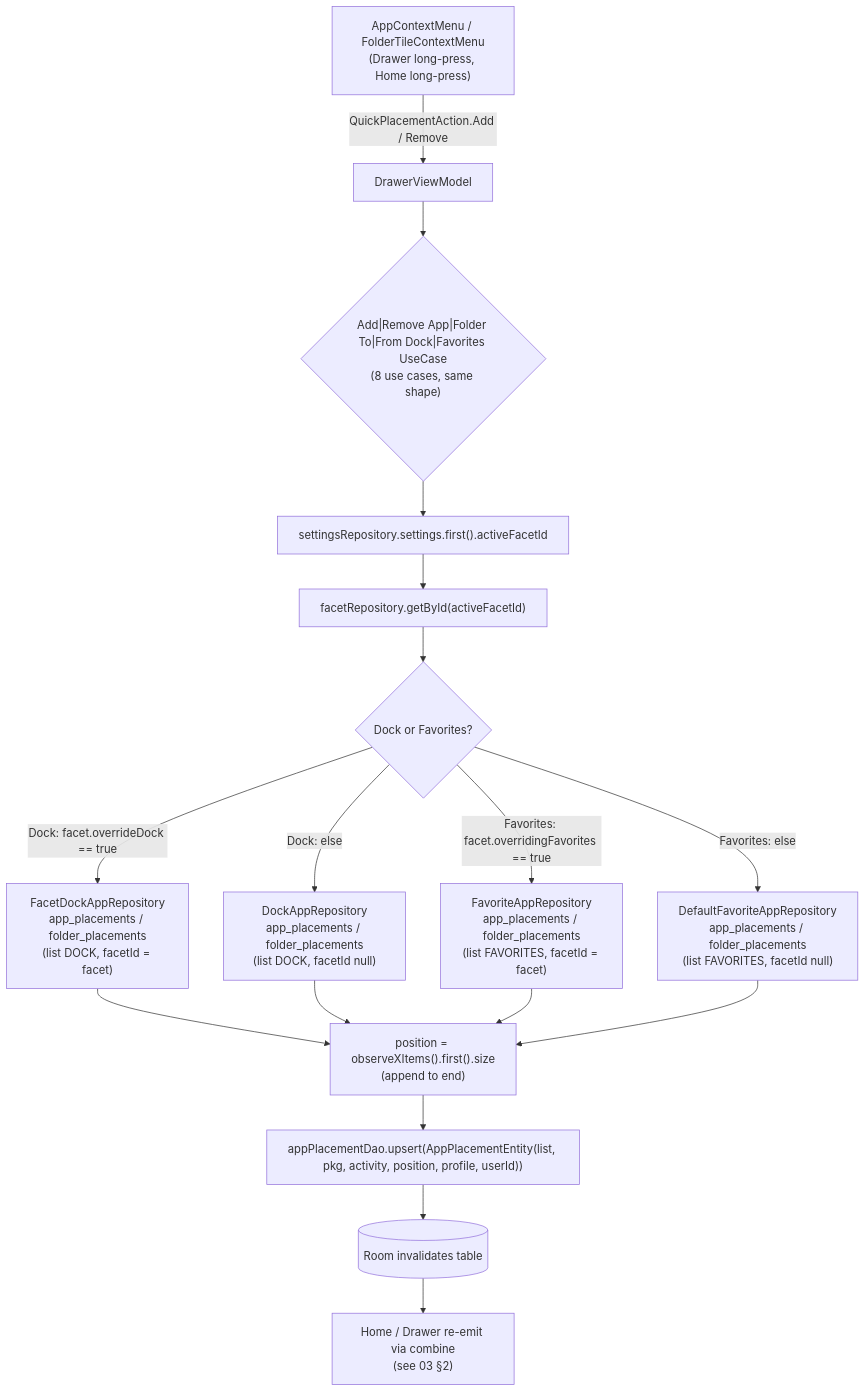
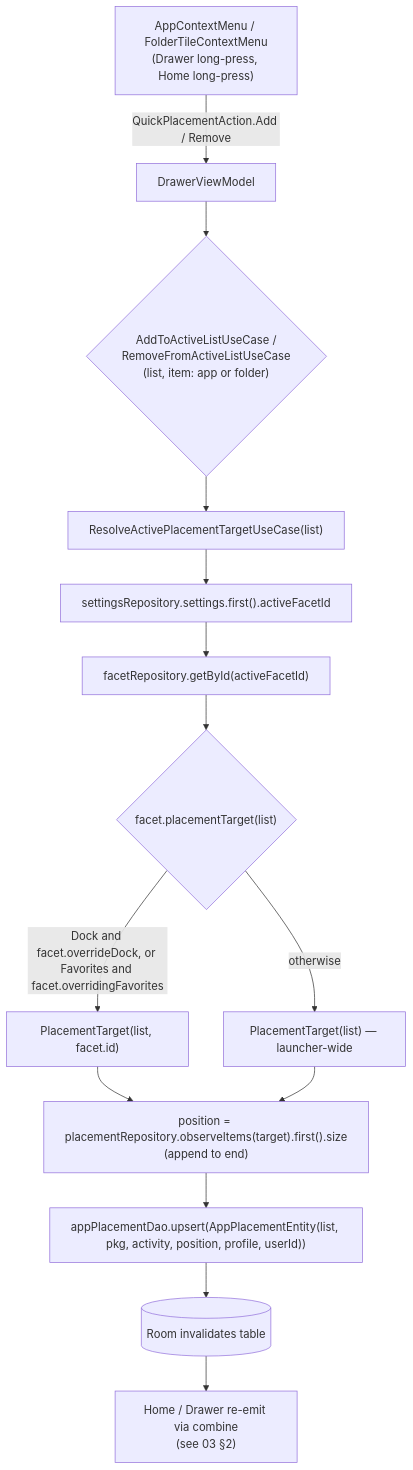
The first of 3 diagrams in docs/architecture/08-flow-placements.md (rohitganjam/facet-launcher), drawn with Mermaid before and after one commit. The commit also changed other lines of this file and 113 other files, not shown here.

First line of the commit message:
Collapse the four placement repositories and eight use cases into one each

````diff
--- a/docs/architecture/08-flow-placements.md
+++ b/docs/architecture/08-flow-placements.md
@@ -14,16 +14,15 @@
 ```mermaid
 flowchart TB
     UI["AppContextMenu / FolderTileContextMenu\n(Drawer long-press, Home long-press)"] -- "QuickPlacementAction.Add / Remove" --> DVM[DrawerViewModel]
-    DVM --> UC{"Add|Remove App|Folder To|From Dock|Favorites UseCase\n(8 use cases, same shape)"}
-    UC --> S["settingsRepository.settings.first().activeFacetId"]
+    DVM --> UC{"AddToActiveListUseCase /\nRemoveFromActiveListUseCase\n(list, item: app or folder)"}
+    UC --> RT["ResolveActivePlacementTargetUseCase(list)"]
+    RT --> S["settingsRepository.settings.first().activeFacetId"]
     S --> F["facetRepository.getById(activeFacetId)"]
-    F --> D{Dock or Favorites?}
-    D -- "Dock: facet.overrideDock == true" --> FDR["FacetDockAppRepository\napp_placements / folder_placements\n(list DOCK, facetId = facet)"]
-    D -- "Dock: else" --> DR["DockAppRepository\napp_placements / folder_placements\n(list DOCK, facetId null)"]
-    D -- "Favorites: facet.overridingFavorites == true" --> FR["FavoriteAppRepository\napp_placements / folder_placements\n(list FAVORITES, facetId = facet)"]
-    D -- "Favorites: else" --> DFR["DefaultFavoriteAppRepository\napp_placements / folder_placements\n(list FAVORITES, facetId null)"]
-    FDR & DR & FR & DFR --> POS["position = observeXItems().first().size\n(append to end)"]
+    F --> D{"facet.placementTarget(list)"}
+    D -- "Dock and facet.overrideDock, or Favorites and facet.overridingFavorites" --> T1["PlacementTarget(list, facet.id)"]
+    D -- "otherwise" --> T2["PlacementTarget(list) — launcher-wide"]
+    T1 & T2 --> POS["position = placementRepository.observeItems(target).first().size\n(append to end)"]
     POS --> DAO["appPlacementDao.upsert(AppPlacementEntity(list, pkg, activity, position, profile, userId))"]
     DAO --> ROOM[(Room invalidates table)]
     ROOM --> HOME["Home / Drawer re-emit via combine\n(see 03 §2)"]
 ```
````
